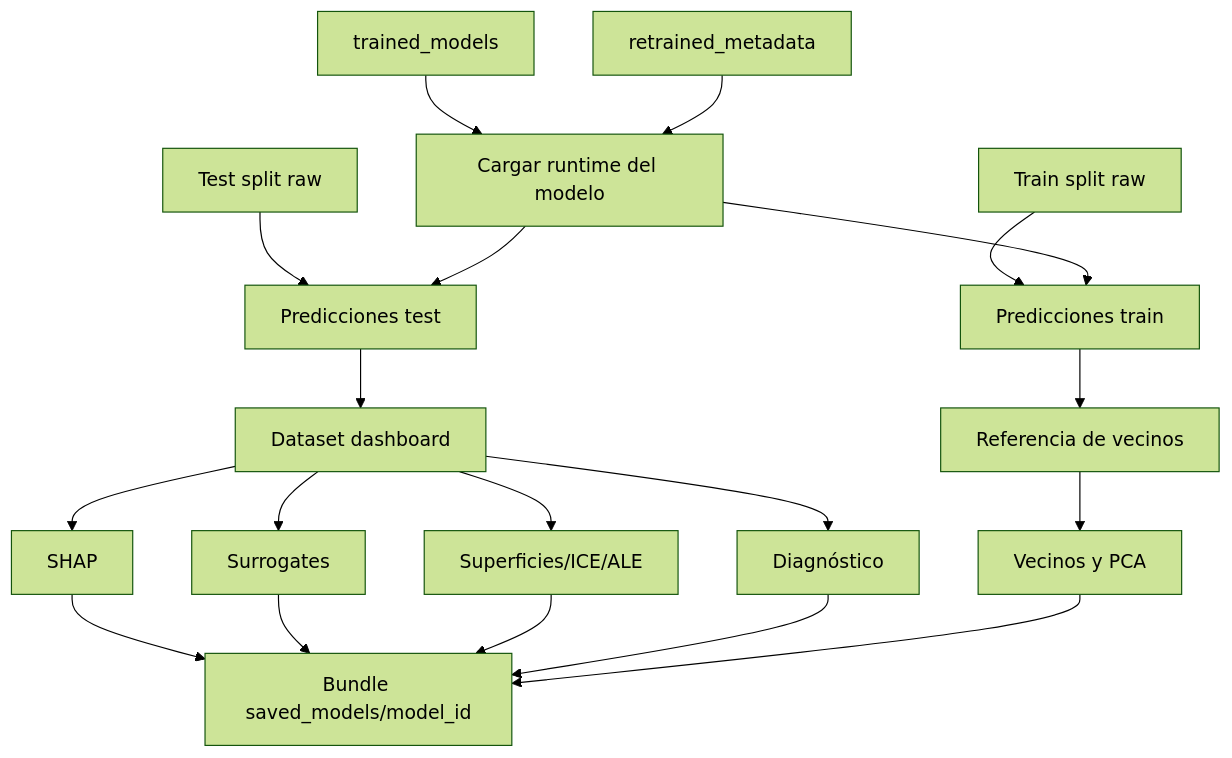
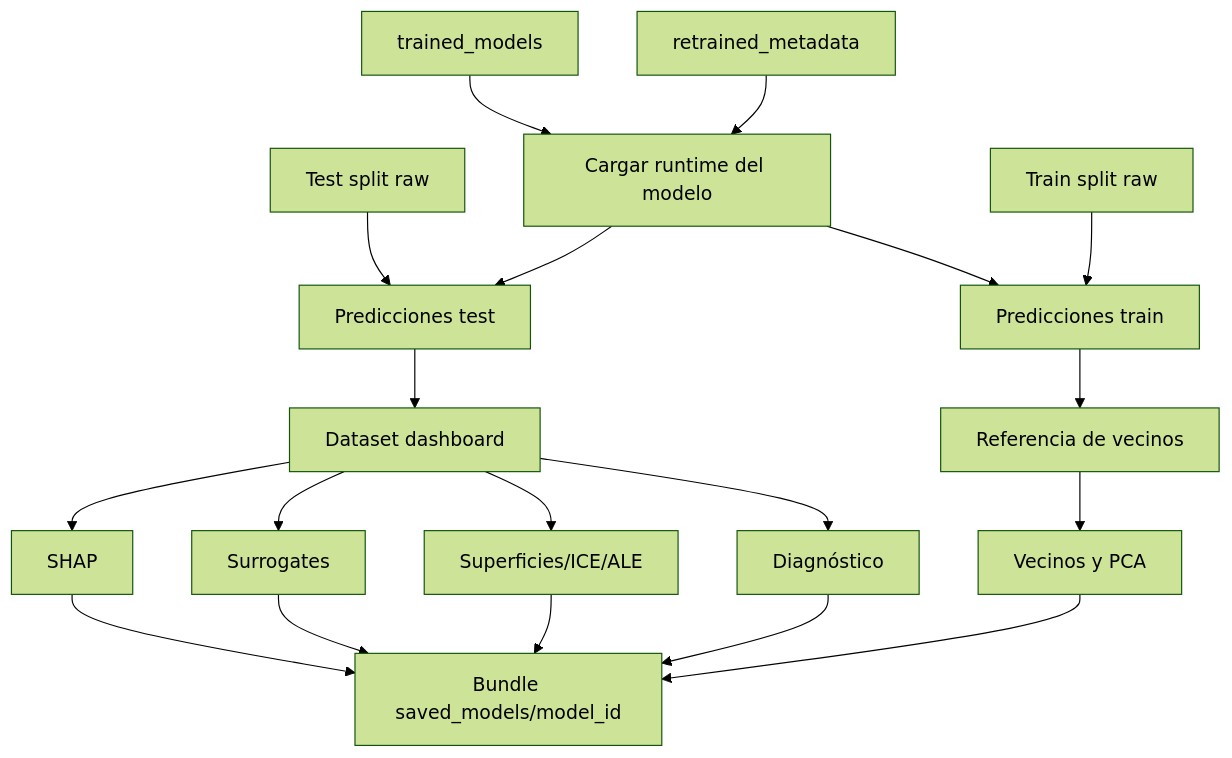
Before and after one commit to epiblasfunds/options-pricing: the diagram in doc/docs/dashboard/model-to-dashboard.md, drawn with Mermaid (forest theme). The commit also changed other lines of this file and 19 other files, not shown here.

````diff
--- a/doc/docs/dashboard/model-to-dashboard.md
+++ b/doc/docs/dashboard/model-to-dashboard.md
@@ -5,21 +5,21 @@
 ```mermaid
 flowchart TD
     A[trained_models] --> B[Cargar runtime del modelo]
     C[retrained_metadata] --> B
-    D[Train split raw] --> E[Predicciones train]
+    B --> E[Predicciones train]
+    D[Train split raw] --> E
     F[Test split raw] --> G[Predicciones test]
-    B --> E
     B --> G
     G --> H[Dataset dashboard]
     E --> I[Referencia de vecinos]
     H --> J[SHAP]
     H --> K[Surrogates]
     H --> L[Superficies/ICE/ALE]
     H --> M[Diagnóstico]
     I --> N[Vecinos y PCA]
     J --> O[Bundle saved_models/model_id]
     K --> O
     L --> O
     M --> O
     N --> O
 ```
````
